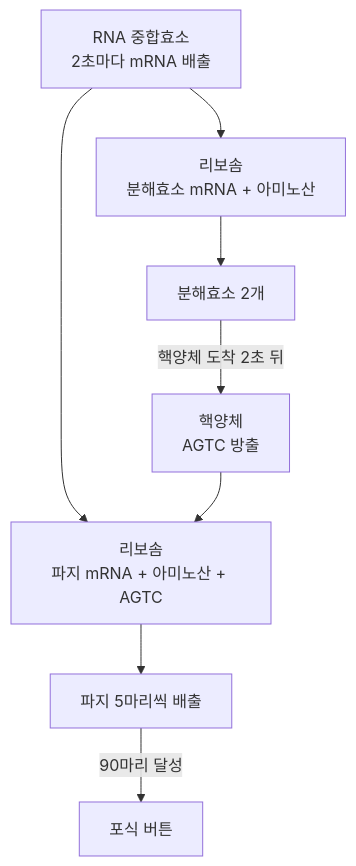
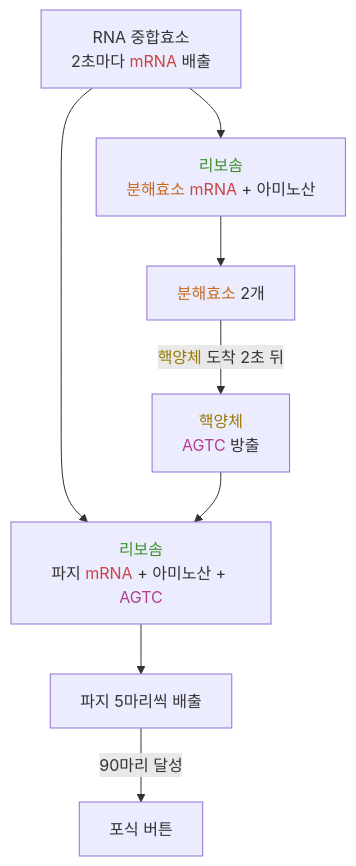
Before and after one commit to Lets-Gitit/portfolio: the third of 6 diagrams in src/0-super-phage/기술 문서.md, drawn with Mermaid. The commit also changed other lines of this file, not shown here.

Commit message:
다이어그램 글씨 색 변경

````diff
--- a/src/0-super-phage/기술 문서.md
+++ b/src/0-super-phage/기술 문서.md
@@ -280,10 +280,10 @@
 ```mermaid
 flowchart TD
-    A["RNA 중합효소<br/>2초마다 mRNA 배출"] --> B["리보솜<br/>분해효소 mRNA + 아미노산"]
-    B --> C["분해효소 2개"]
-    C -->|"핵양체 도착 2초 뒤"| D["핵양체<br/>AGTC 방출"]
-    A --> E["리보솜<br/>파지 mRNA + 아미노산 + AGTC"]
+    A["RNA 중합효소<br/>2초마다 <span style='color:#c94444'>mRNA</span> 배출"] --> B["<span style='color:#3f8f2f'>리보솜</span><br/><span style='color:#c8691c'>분해효소</span> <span style='color:#c94444'>mRNA</span> + 아미노산"]
+    B --> C["<span style='color:#c8691c'>분해효소</span> 2개"]
+    C -->|"<span style='color:#9a7a00'>핵양체</span> 도착 2초 뒤"| D["<span style='color:#9a7a00'>핵양체</span><br/><span style='color:#b23f8c'>AGTC</span> 방출"]
+    A --> E["<span style='color:#3f8f2f'>리보솜</span><br/>파지 <span style='color:#c94444'>mRNA</span> + 아미노산 + <span style='color:#b23f8c'>AGTC</span>"]
     D --> E
     E --> F["파지 5마리씩 배출"]
     F -->|"90마리 달성"| G["포식 버튼"]
 ```
````
